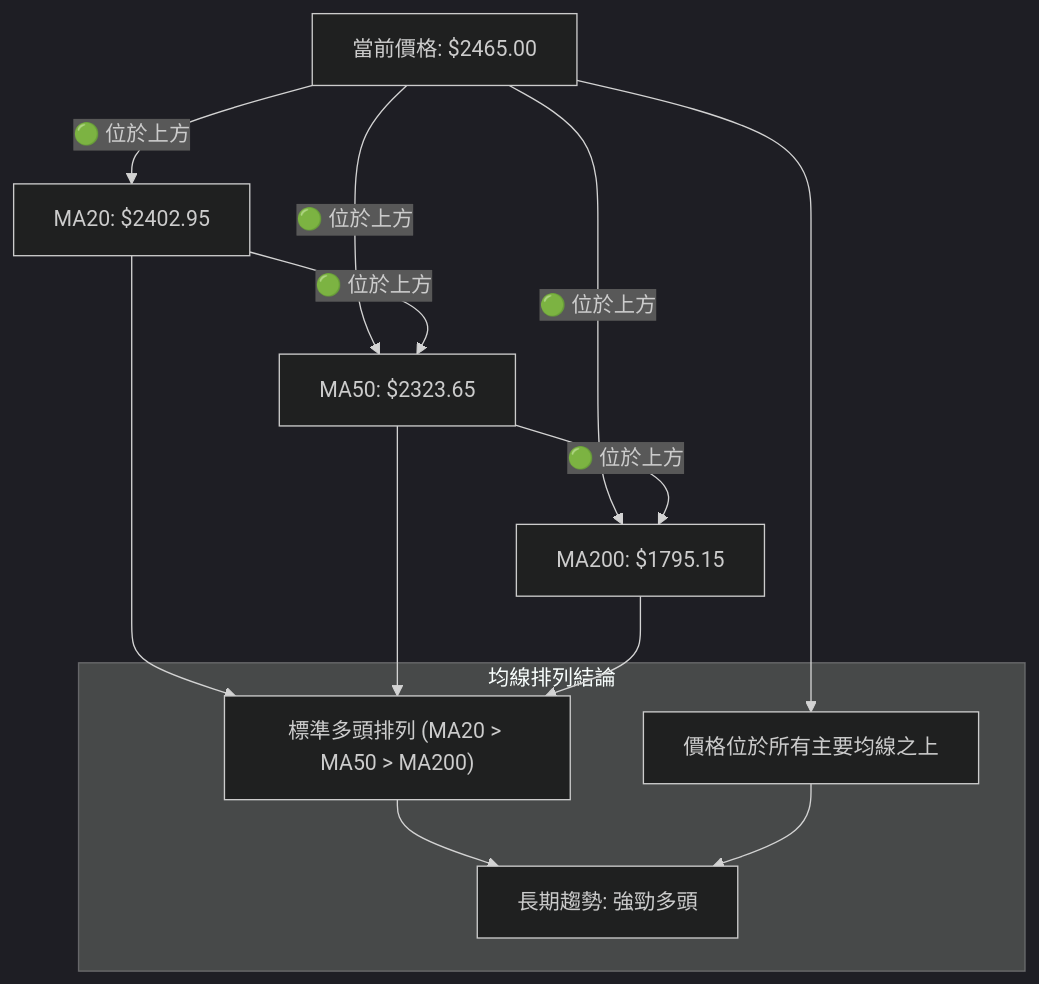
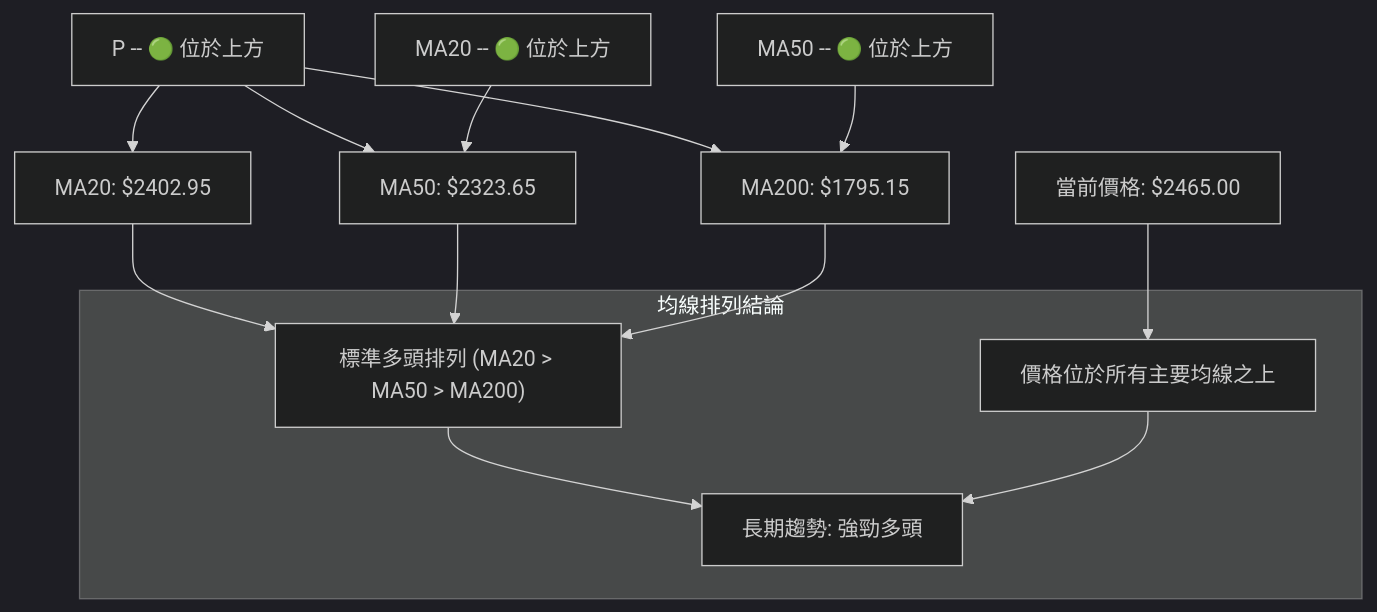
The sixth of 12 diagrams in ai_gen_report/stock/2330.tw/technical_analysis_2026-07-08_gemini.md (yennanliu/finance_data), drawn with Mermaid (dark theme) before and after one commit. The commit also changed other lines of this file and 2258 other files, not shown here.

First line of the commit message:
chore: backfill Mermaid syntax repair across existing reports

````diff
--- a/ai_gen_report/stock/2330.tw/technical_analysis_2026-07-08_gemini.md
+++ b/ai_gen_report/stock/2330.tw/technical_analysis_2026-07-08_gemini.md
@@ -468,27 +468,27 @@
 ```mermaid
 graph TD
     P["當前價格: $2465.00"]
     MA20["MA20: $2402.95"]
     MA50["MA50: $2323.65"]
     MA200["MA200: $1795.15"]
 
-    P -- 🟢 位於上方 --> MA20
-    P -- 🟢 位於上方 --> MA50
-    P -- 🟢 位於上方 --> MA200
+    nb1["P -- 🟢 位於上方"] --> MA20
+    nb1["P -- 🟢 位於上方"] --> MA50
+    nb1["P -- 🟢 位於上方"] --> MA200
 
-    MA20 -- 🟢 位於上方 --> MA50
-    MA50 -- 🟢 位於上方 --> MA200
+    nb2["MA20 -- 🟢 位於上方"] --> MA50
+    nb3["MA50 -- 🟢 位於上方"] --> MA200
 
     subgraph 均線排列結論
         C["標準多頭排列 (MA20 > MA50 > MA200)"]
         D["價格位於所有主要均線之上"]
         E["長期趨勢: 強勁多頭"]
     end
 
     MA20 --> C
     MA50 --> C
     MA200 --> C
     P --> D
     C --> E
     D --> E
 ```
````
